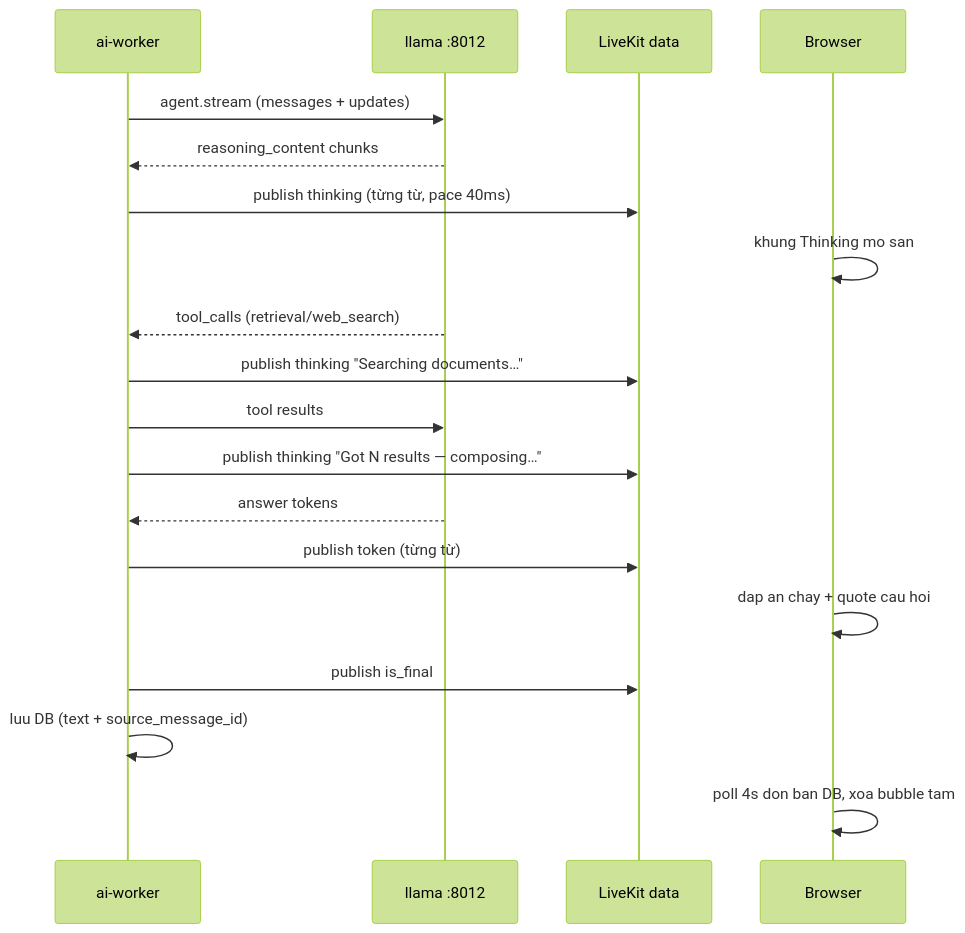
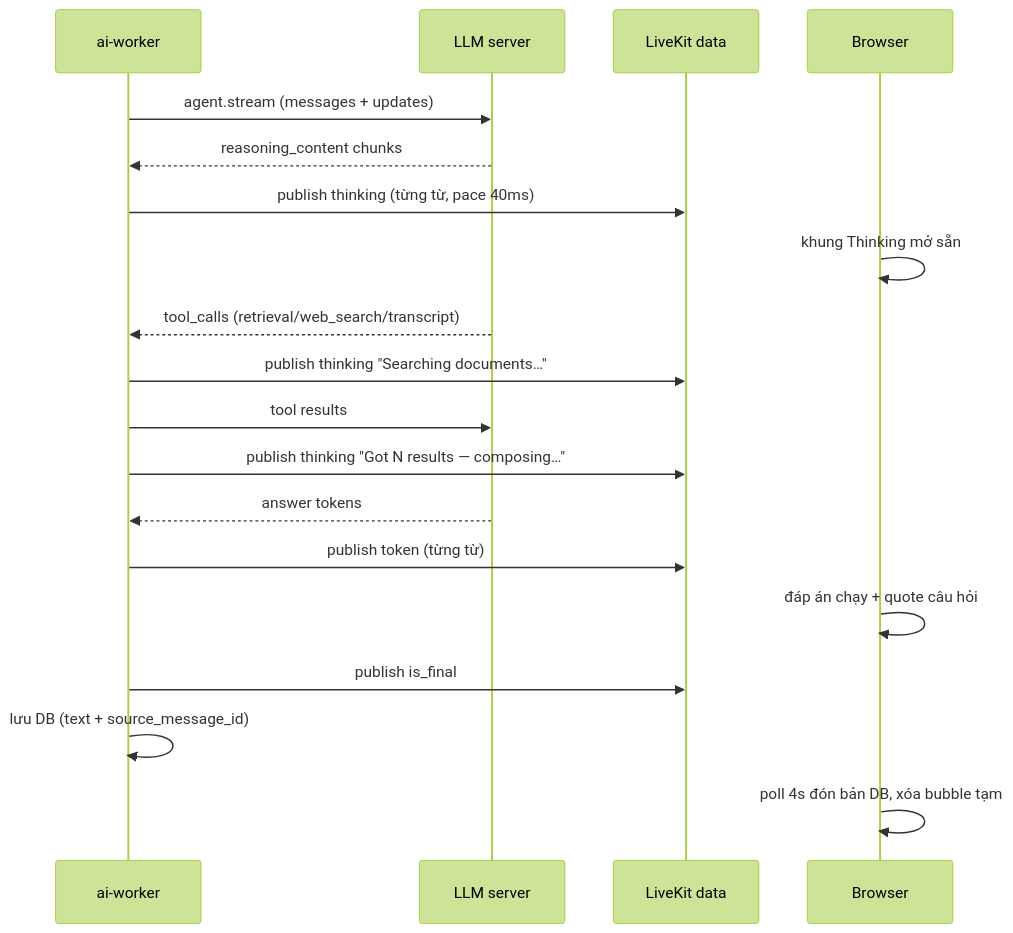
Before and after one commit to bexanhtuoi/E-Room: the fourth of 14 diagrams in docs/workflow.md, drawn with Mermaid (forest theme). The commit also changed other lines of this file and 7 other files, not shown here.

````diff
--- a/docs/workflow.md
+++ b/docs/workflow.md
@@ -51,21 +52,21 @@
 ```mermaid
 sequenceDiagram
     participant W as ai-worker
-    participant LLM as llama :8012
+    participant LLM as LLM server
     participant L as LiveKit data
     participant U as Browser
     W->>LLM: agent.stream (messages + updates)
     LLM-->>W: reasoning_content chunks
     W->>L: publish thinking (từng từ, pace 40ms)
-    U->>U: khung Thinking mo san
-    LLM-->>W: tool_calls (retrieval/web_search)
+    U->>U: khung Thinking mở sẵn
+    LLM-->>W: tool_calls (retrieval/web_search/transcript)
     W->>L: publish thinking "Searching documents…"
     W->>LLM: tool results
     W->>L: publish thinking "Got N results — composing…"
     LLM-->>W: answer tokens
     W->>L: publish token (từng từ)
-    U->>U: dap an chay + quote cau hoi
+    U->>U: đáp án chạy + quote câu hỏi
     W->>L: publish is_final
-    W->>W: luu DB (text + source_message_id)
-    U->>U: poll 4s don ban DB, xoa bubble tam
+    W->>W: lưu DB (text + source_message_id)
+    U->>U: poll 4s đón bản DB, xóa bubble tạm
 ```
````
